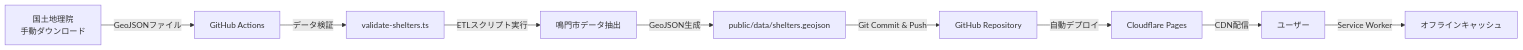
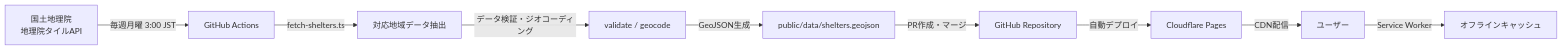
The diagram in README.md (yusakuvol/Naruto-Shelter-Map), drawn with Mermaid before and after one commit. The commit also changed other lines of this file and 2 other files, not shown here.

````diff
--- a/README.md
+++ b/README.md
@@ -143,11 +143,11 @@
 ```mermaid
 graph LR
-    A[国土地理院<br/>手動ダウンロード] -->|GeoJSONファイル| B[GitHub Actions]
-    B -->|データ検証| C[validate-shelters.ts]
-    C -->|ETLスクリプト実行| D[鳴門市データ抽出]
+    A[国土地理院<br/>地理院タイルAPI] -->|毎週月曜 3:00 JST| B[GitHub Actions]
+    B -->|fetch-shelters.ts| C[対応地域データ抽出]
+    C -->|データ検証・ジオコーディング| D[validate / geocode]
     D -->|GeoJSON生成| E[public/data/shelters.geojson]
-    E -->|Git Commit & Push| F[GitHub Repository]
+    E -->|PR作成・マージ| F[GitHub Repository]
     F -->|自動デプロイ| G[Cloudflare Pages]
     G -->|CDN配信| H[ユーザー]
     H -->|Service Worker| I[オフラインキャッシュ]
 ```
````
